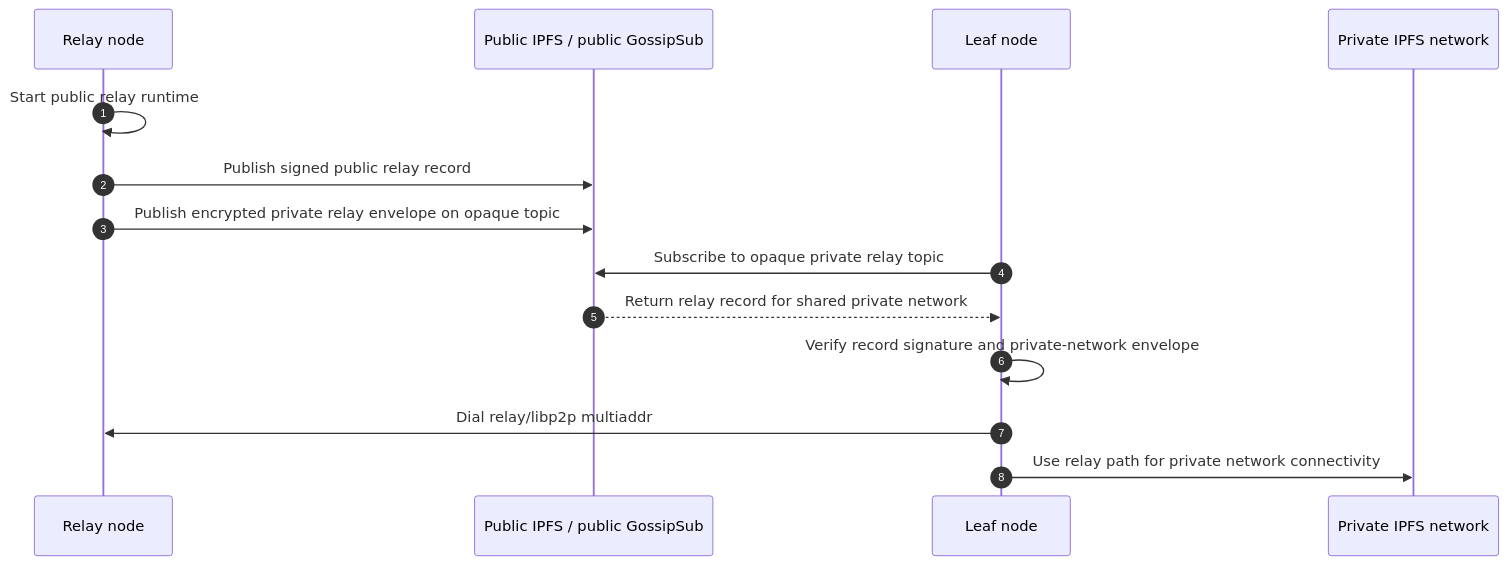
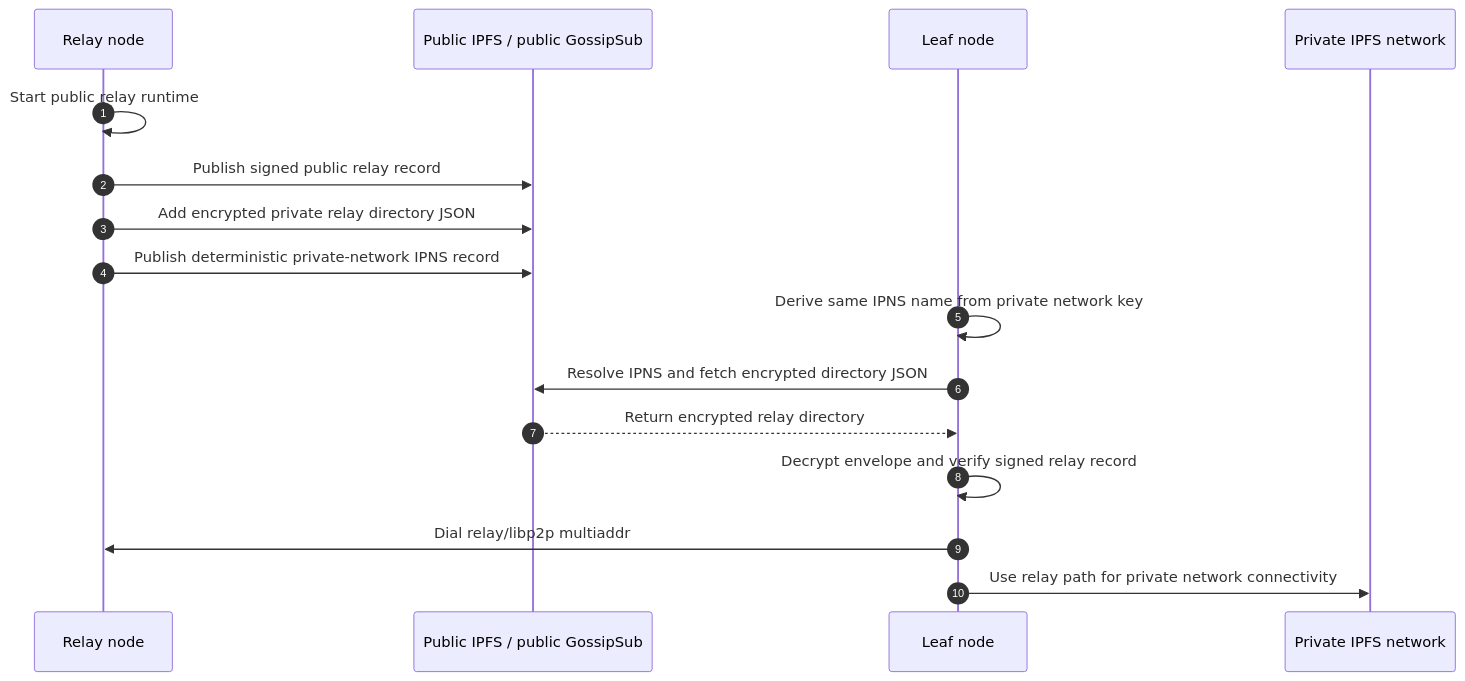
Before and after one commit to haskou/pigeon-swarm-node: the second of 5 diagrams in docs/p2p-communication.md, drawn with Mermaid. The commit also changed other lines of this file and 19 other files, not shown here.

Commit message:
fix(relay): 🐛 Resolve private relays through deterministic IPNS

````diff
--- a/docs/p2p-communication.md
+++ b/docs/p2p-communication.md
@@ -136,17 +141,19 @@
 ```mermaid
 sequenceDiagram
   autonumber
   participant R as Relay node
   participant Pub as Public IPFS / public GossipSub
   participant L as Leaf node
   participant Priv as Private IPFS network
 
   R->>R: Start public relay runtime
   R->>Pub: Publish signed public relay record
-  R->>Pub: Publish encrypted private relay envelope on opaque topic
-  L->>Pub: Subscribe to opaque private relay topic
-  Pub-->>L: Return relay record for shared private network
-  L->>L: Verify record signature and private-network envelope
+  R->>Pub: Add encrypted private relay directory JSON
+  R->>Pub: Publish deterministic private-network IPNS record
+  L->>L: Derive same IPNS name from private network key
+  L->>Pub: Resolve IPNS and fetch encrypted directory JSON
+  Pub-->>L: Return encrypted relay directory
+  L->>L: Decrypt envelope and verify signed relay record
   L->>R: Dial relay/libp2p multiaddr
   L->>Priv: Use relay path for private network connectivity
 ```
````
